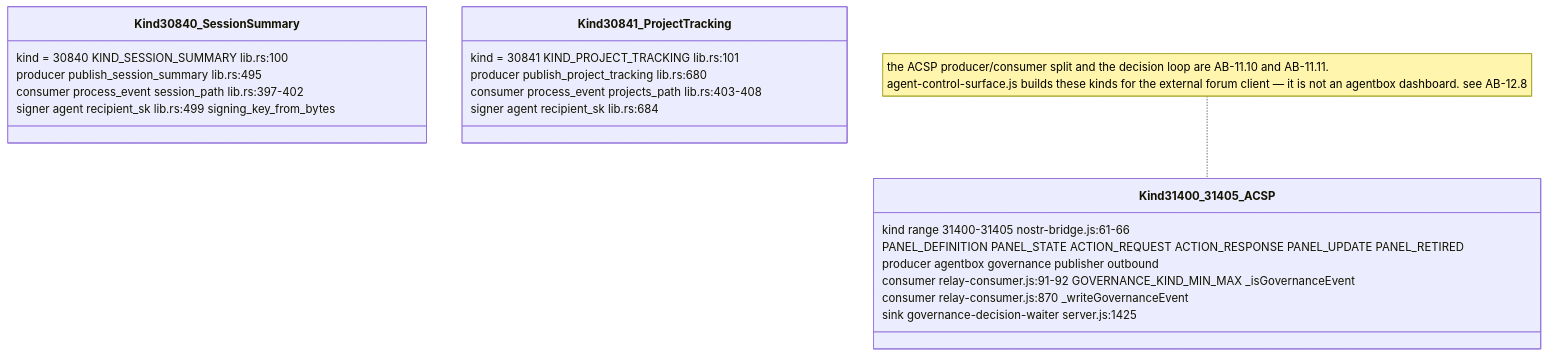
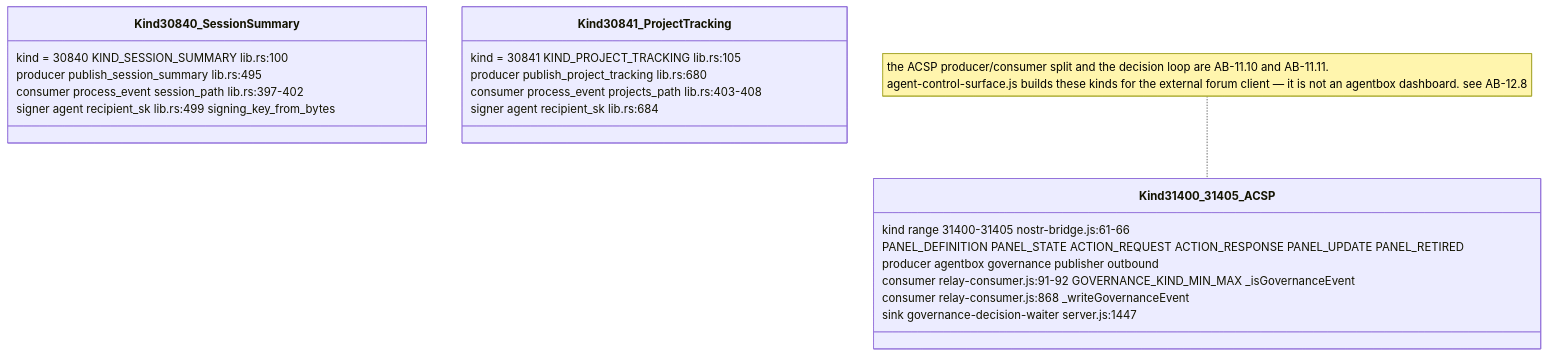
The fifth of 16 diagrams in docs/diagrams/agentbox/13-nostr-relay-gateway-bridge-mirror.md (DreamLab-AI/VisionFlow), drawn with Mermaid before and after one commit. The commit also changed other lines of this file and 173 other files, not shown here.

````diff
--- a/docs/diagrams/agentbox/13-nostr-relay-gateway-bridge-mirror.md
+++ b/docs/diagrams/agentbox/13-nostr-relay-gateway-bridge-mirror.md
@@ -207,24 +208,24 @@
 ```mermaid
 classDiagram
     class Kind30840_SessionSummary {
         kind = 30840 KIND_SESSION_SUMMARY lib.rs:100
         producer publish_session_summary lib.rs:495
         consumer process_event session_path lib.rs:397-402
         signer agent recipient_sk lib.rs:499 signing_key_from_bytes
     }
     class Kind30841_ProjectTracking {
-        kind = 30841 KIND_PROJECT_TRACKING lib.rs:101
+        kind = 30841 KIND_PROJECT_TRACKING lib.rs:105
         producer publish_project_tracking lib.rs:680
         consumer process_event projects_path lib.rs:403-408
         signer agent recipient_sk lib.rs:684
     }
     class Kind31400_31405_ACSP {
         kind range 31400-31405 nostr-bridge.js:61-66
         PANEL_DEFINITION PANEL_STATE ACTION_REQUEST ACTION_RESPONSE PANEL_UPDATE PANEL_RETIRED
         producer agentbox governance publisher outbound
         consumer relay-consumer.js:91-92 GOVERNANCE_KIND_MIN_MAX _isGovernanceEvent
-        consumer relay-consumer.js:870 _writeGovernanceEvent
-        sink governance-decision-waiter server.js:1425
+        consumer relay-consumer.js:868 _writeGovernanceEvent
+        sink governance-decision-waiter server.js:1447
     }
     note for Kind31400_31405_ACSP "the ACSP producer/consumer split and the decision loop are AB-11.10 and AB-11.11.<br/>agent-control-surface.js builds these kinds for the external forum client — it is not an agentbox dashboard. see AB-12.8"
 ```
````
